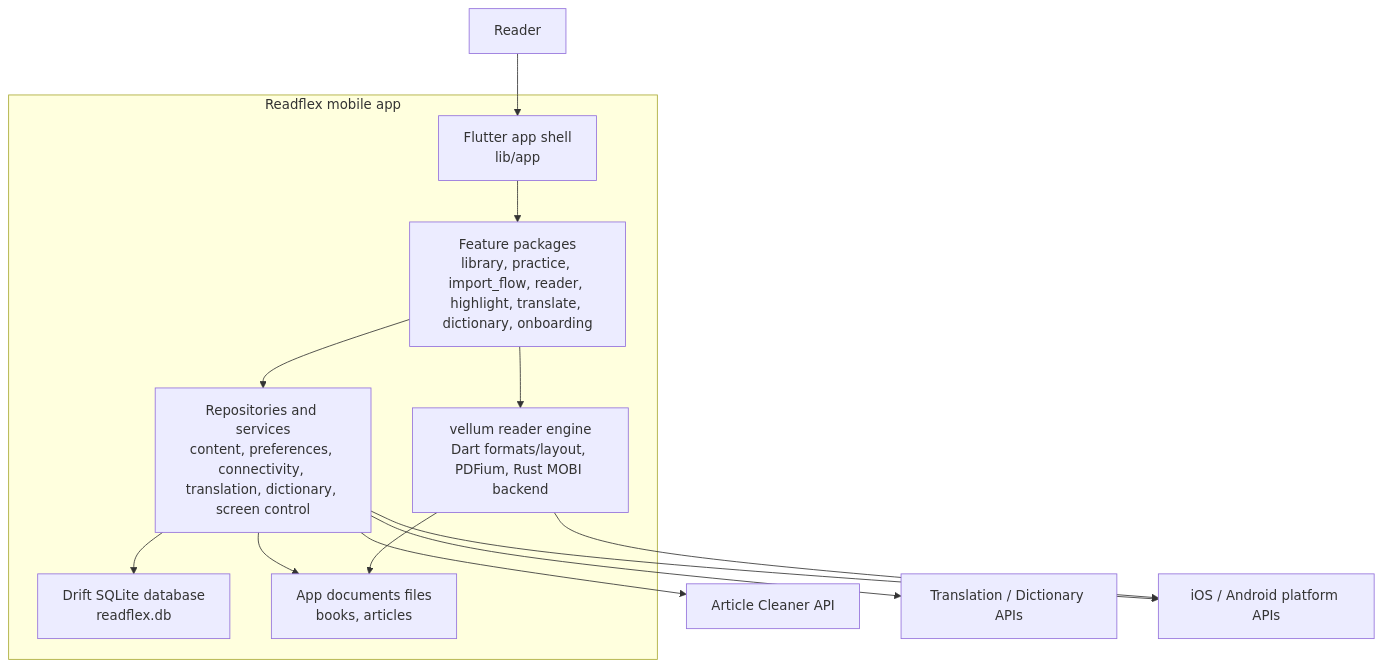
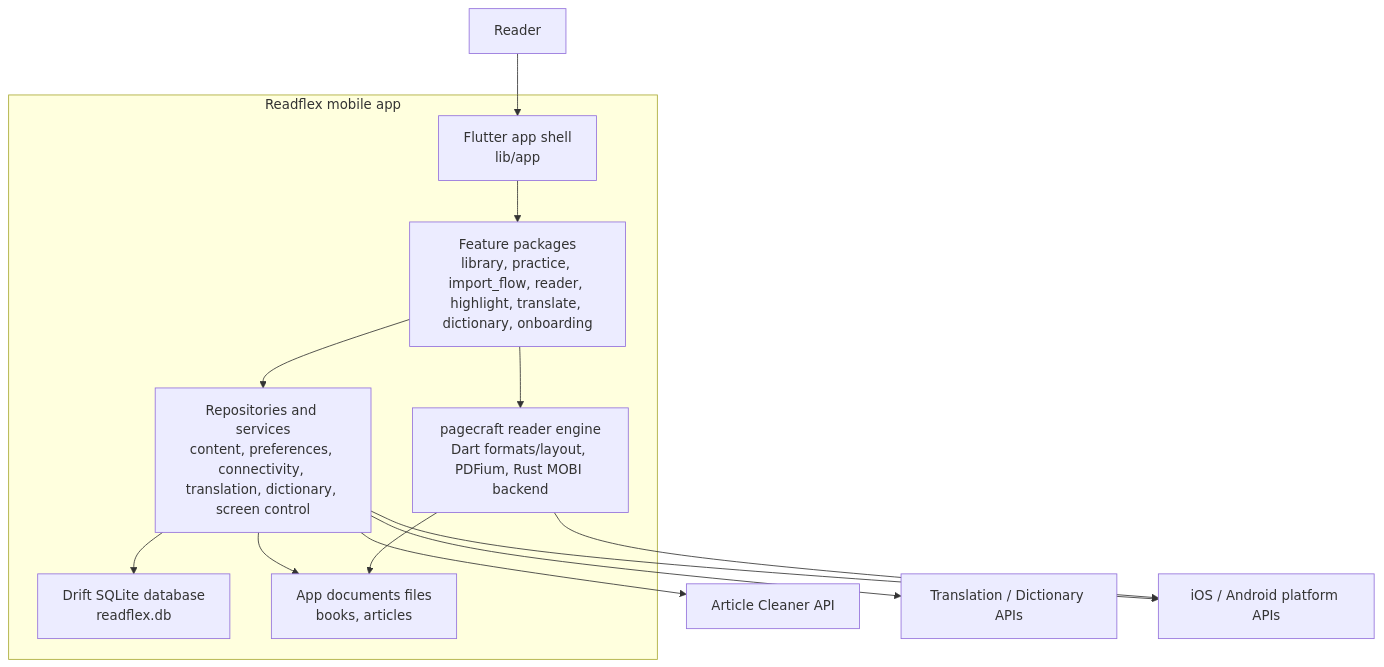
The second of 8 diagrams in C4_MODEL.md (abra/readflex), drawn with Mermaid before and after one commit. The commit also changed other lines of this file and 673 other files, not shown here.

First line of the commit message:
Rename Vellum to Pagecraft and migrate tooling to Dart

````diff
--- a/C4_MODEL.md
+++ b/C4_MODEL.md
@@ -58,29 +58,29 @@
 ```mermaid
 flowchart TB
   user["Reader"]
 
   subgraph mobile["Readflex mobile app"]
     appShell["Flutter app shell\nlib/app"]
     features["Feature packages\nlibrary, practice, import_flow, reader, highlight, translate, dictionary, onboarding"]
     repos["Repositories and services\ncontent, preferences, connectivity, translation, dictionary, screen control"]
     db["Drift SQLite database\nreadflex.db"]
     files["App documents files\nbooks, articles"]
-    engine["vellum reader engine\nDart formats/layout, PDFium, Rust MOBI backend"]
+    engine["pagecraft reader engine\nDart formats/layout, PDFium, Rust MOBI backend"]
   end
 
   cleaner["Article Cleaner API"]
   remoteApis["Translation / Dictionary APIs"]
   platform["iOS / Android platform APIs"]
 
   user --> appShell
   appShell --> features
   features --> repos
   repos --> db
   repos --> files
   features --> engine
   engine --> files
   repos --> cleaner
   repos --> remoteApis
   repos --> platform
   engine --> platform
 ```
````
